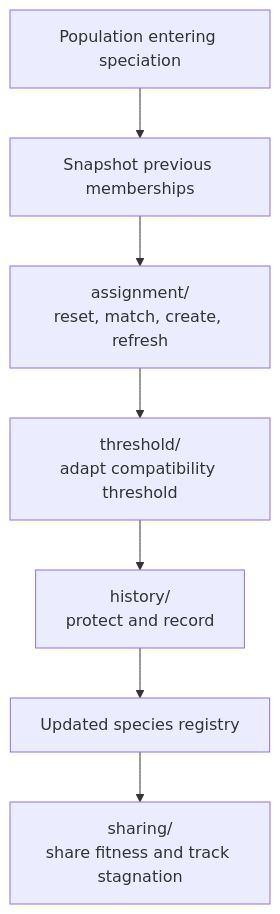
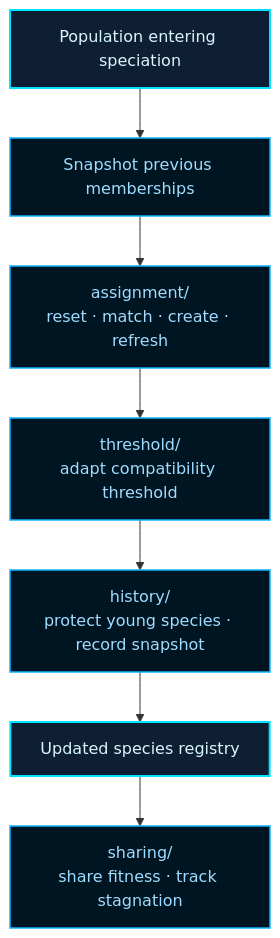
The diagram in src/neat/speciation/README.md (reicek/NeatapticTS), drawn with Mermaid before and after one commit. The commit also changed other lines of this file and 877 other files, not shown here.

Commit message:
NEAT & Preconfigured Architectures MLP LSTM GRU NARX (#39)

````diff
--- a/src/neat/speciation/README.md
+++ b/src/neat/speciation/README.md
@@ -32,17 +60,20 @@
 ```mermaid
 flowchart TD
-  Population[Population entering speciation]
-  Snapshot[Snapshot previous memberships]
-  Assignment[assignment/<br/>reset, match, create, refresh]
-  Threshold[threshold/<br/>adapt compatibility threshold]
-  History[history/<br/>protect and record]
-  Sharing[sharing/<br/>share fitness and track stagnation]
-  SpeciesState[Updated species registry]
+  classDef base fill:#001522,stroke:#0fb5ff,color:#9fdcff,stroke-width:1.5px;
+  classDef accent fill:#0f1f33,stroke:#00e5ff,color:#d8f6ff,stroke-width:2px;
+
+  Population["Population entering speciation"]:::accent
+  Snapshot["Snapshot previous memberships"]:::base
+  Assignment["assignment/<br/>reset · match · create · refresh"]:::base
+  Threshold["threshold/<br/>adapt compatibility threshold"]:::base
+  History["history/<br/>protect young species · record snapshot"]:::base
+  Sharing["sharing/<br/>share fitness · track stagnation"]:::base
+  SpeciesState["Updated species registry"]:::accent
 
   Population --> Snapshot
   Snapshot --> Assignment
   Assignment --> Threshold
   Threshold --> History
   History --> SpeciesState
   SpeciesState --> Sharing
 ```
````
